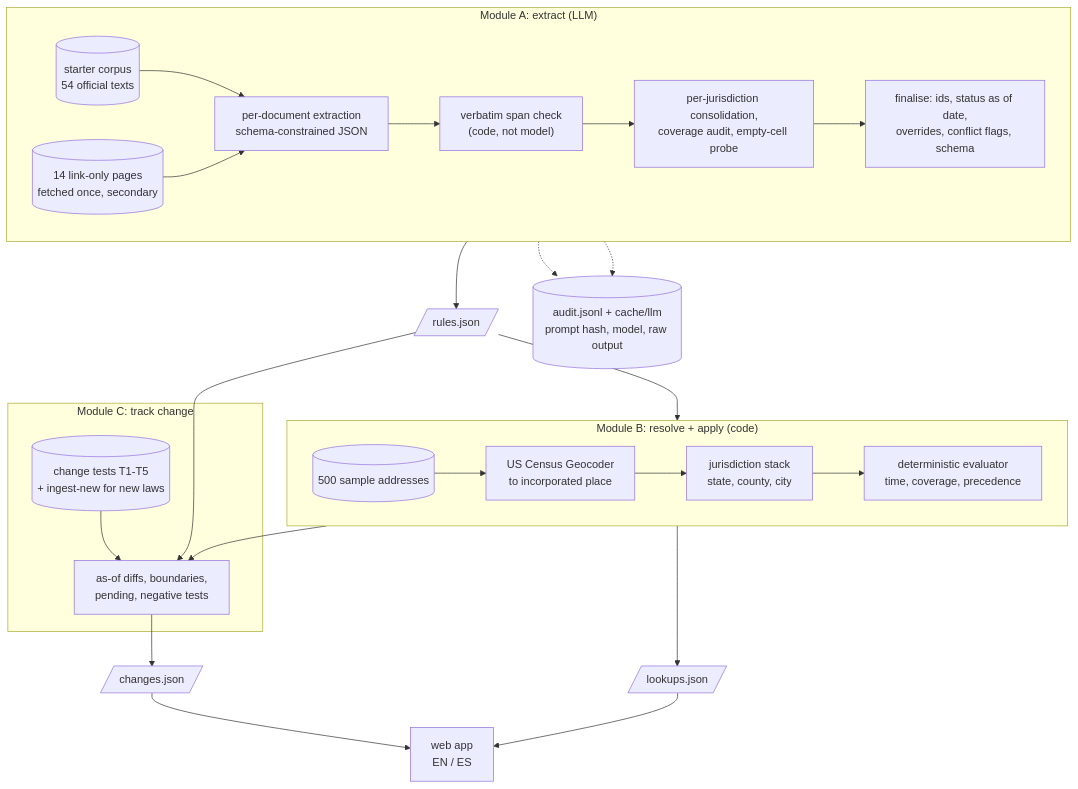
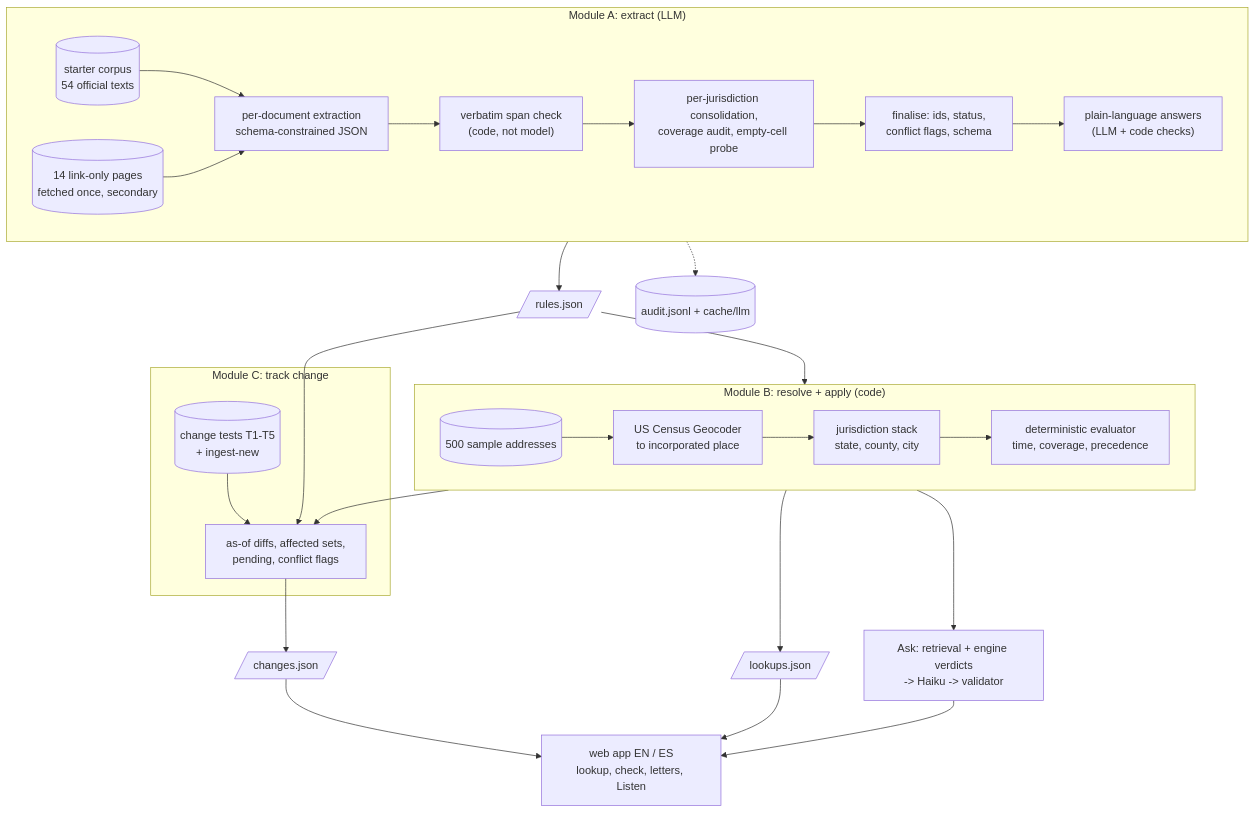
The diagram in README.md (isaaclins/rental-law-navigator), drawn with Mermaid before and after one commit. The commit also changed other lines of this file and 219 other files, not shown here.

Commit message:
feat: look 3, plain-words answers, Ask the law, letters, share, scalable plain-language pipeline (#171)

````diff
--- a/README.md
+++ b/README.md
@@ -105,30 +183,32 @@
 ```mermaid
 flowchart TB
   subgraph A["Module A: extract (LLM)"]
     direction LR
     C[("starter corpus<br/>54 official texts")] --> X
     S2[("14 link-only pages<br/>fetched once, secondary")] --> X
     X["per-document extraction<br/>schema-constrained JSON"] --> V["verbatim span check<br/>(code, not model)"]
     V --> RV["per-jurisdiction consolidation,<br/>coverage audit, empty-cell probe"]
-    RV --> F["finalise: ids, status as of date,<br/>overrides, conflict flags, schema"]
+    RV --> F["finalise: ids, status,<br/>conflict flags, schema"]
+    F --> PL["plain-language answers<br/>(LLM + code checks)"]
   end
   subgraph B["Module B: resolve + apply (code)"]
     direction LR
     AD[("500 sample addresses")] --> G["US Census Geocoder<br/>to incorporated place"]
     G --> J["jurisdiction stack<br/>state, county, city"]
     J --> E["deterministic evaluator<br/>time, coverage, precedence"]
   end
   subgraph CC["Module C: track change"]
-    T[("change tests T1-T5<br/>+ ingest-new for new laws")] --> D["as-of diffs, boundaries,<br/>pending, negative tests"]
+    T[("change tests T1-T5<br/>+ ingest-new")] --> D["as-of diffs, affected sets,<br/>pending, conflict flags"]
   end
   F --> RJ[/"rules.json"/]
   RJ --> E
   E --> LJ[/"lookups.json"/]
   RJ --> D
   E --> D
   D --> CJ[/"changes.json"/]
-  LJ --> W["web app<br/>EN / ES"]
+  LJ --> W["web app EN / ES<br/>lookup, check, letters, Listen"]
   CJ --> W
-  X -.-> AU[("audit.jsonl + cache/llm<br/>prompt hash, model, raw output")]
-  RV -.-> AU
+  E --> ASK["Ask: retrieval + engine verdicts<br/>-> Haiku -> validator"]
+  ASK --> W
+  X -.-> AU[("audit.jsonl + cache/llm")]
 ```
````
